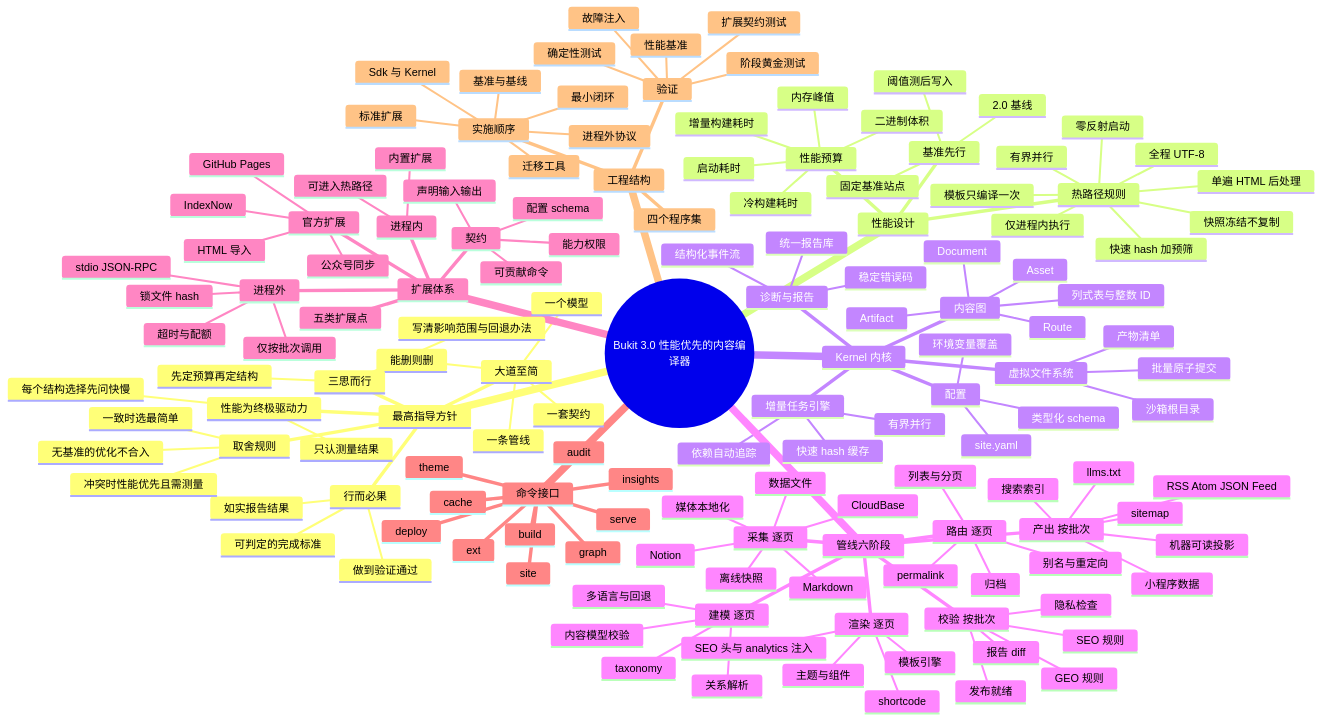
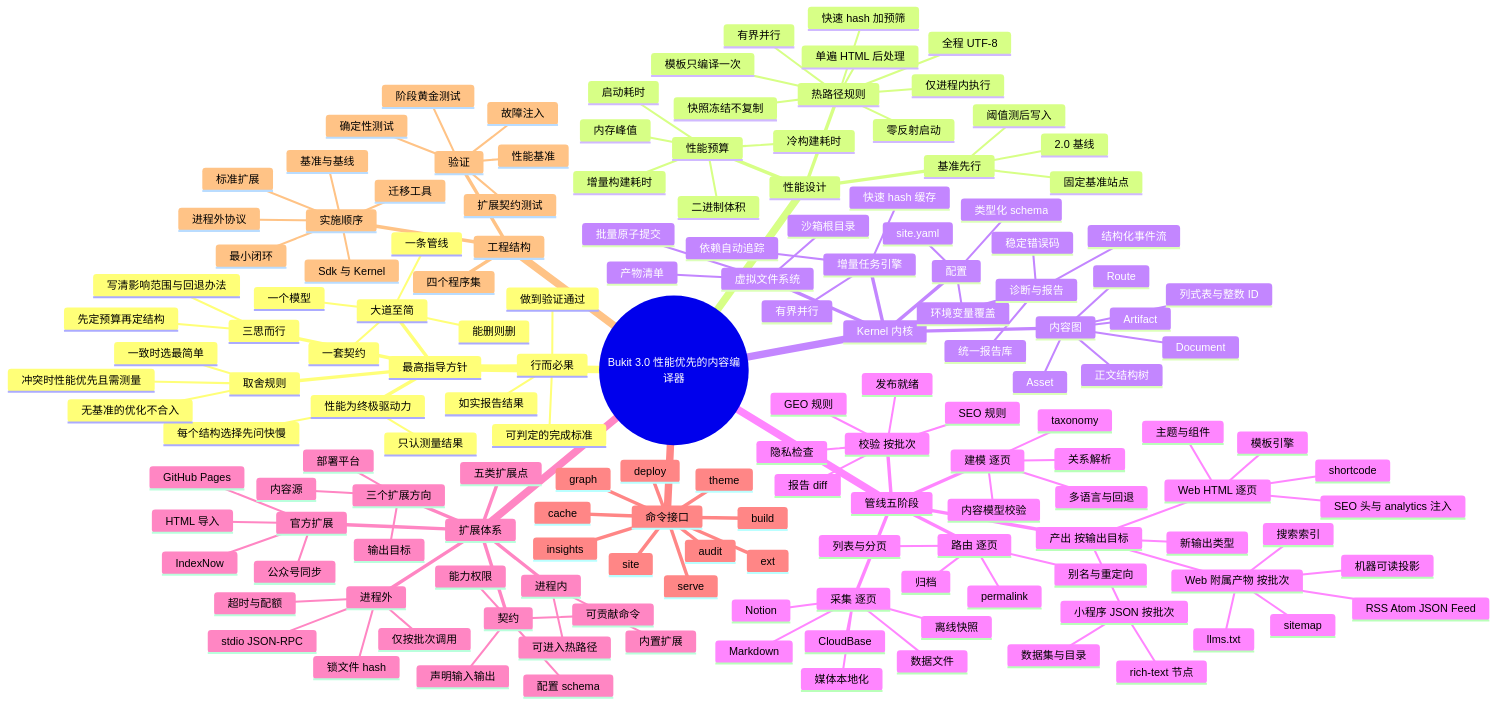
Before and after one commit to ALi365-SDN-BHD/Bukit: the second of 3 diagrams in docs/plans/2026-11-24-bukit-3.0-architecture-design.zh-CN.md, drawn with Mermaid. The commit also changed other lines of this file, not shown here.

First line of the commit message:
docs(plans): make HTML one output target among others in the 3.0 design

```diff
--- a/docs/plans/2026-11-24-bukit-3.0-architecture-design.zh-CN.md
+++ b/docs/plans/2026-11-24-bukit-3.0-architecture-design.zh-CN.md
@@ -161,6 +161,7 @@
         Asset
         Artifact
         列式表与整数 ID
+        正文结构树
       增量任务引擎
         依赖自动追踪
         快速 hash 缓存
@@ -177,7 +178,7 @@
         稳定错误码
         结构化事件流
         统一报告库
-    管线六阶段
+    管线五阶段
       采集 逐页
         Markdown
         Notion
@@ -195,18 +196,22 @@
         列表与分页
         归档
         别名与重定向
-      渲染 逐页
-        模板引擎
-        主题与组件
-        shortcode
-        SEO 头与 analytics 注入
-      产出 按批次
-        sitemap
-        RSS Atom JSON Feed
-        搜索索引
-        llms.txt
-        机器可读投影
-        小程序数据
+      产出 按输出目标
+        Web HTML 逐页
+          模板引擎
+          主题与组件
+          shortcode
+          SEO 头与 analytics 注入
+        Web 附属产物 按批次
+          sitemap
+          RSS Atom JSON Feed
+          搜索索引
+          llms.txt
+          机器可读投影
+        小程序 JSON 按批次
+          数据集与目录
+          rich-text 节点
+        新输出类型
       校验 按批次
         SEO 规则
         GEO 规则
@@ -214,6 +219,10 @@
         隐私检查
         报告 diff
     扩展体系
+      三个扩展方向
+        内容源
+        输出目标
+        部署平台
       五类扩展点
       契约
         声明输入输出
```
